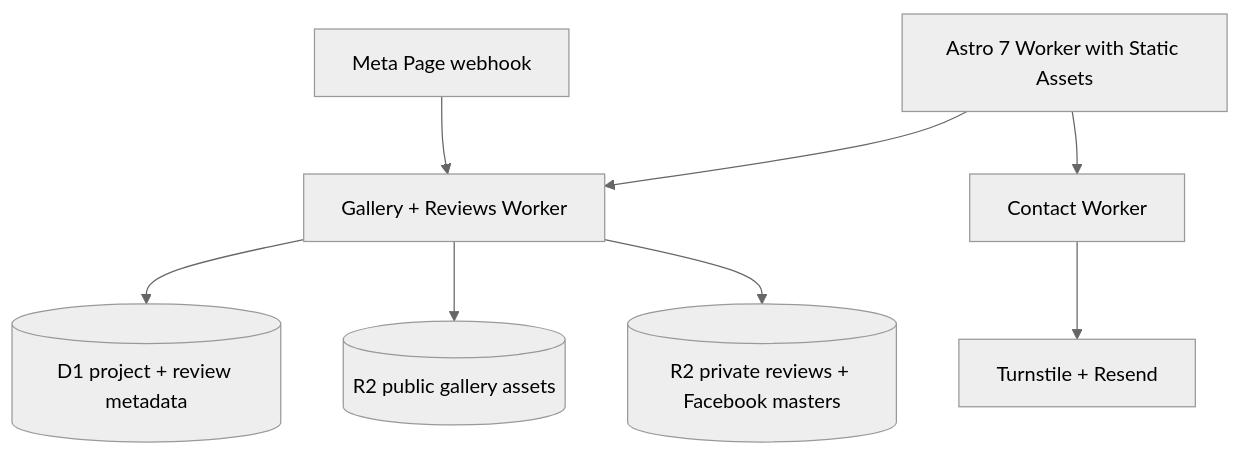
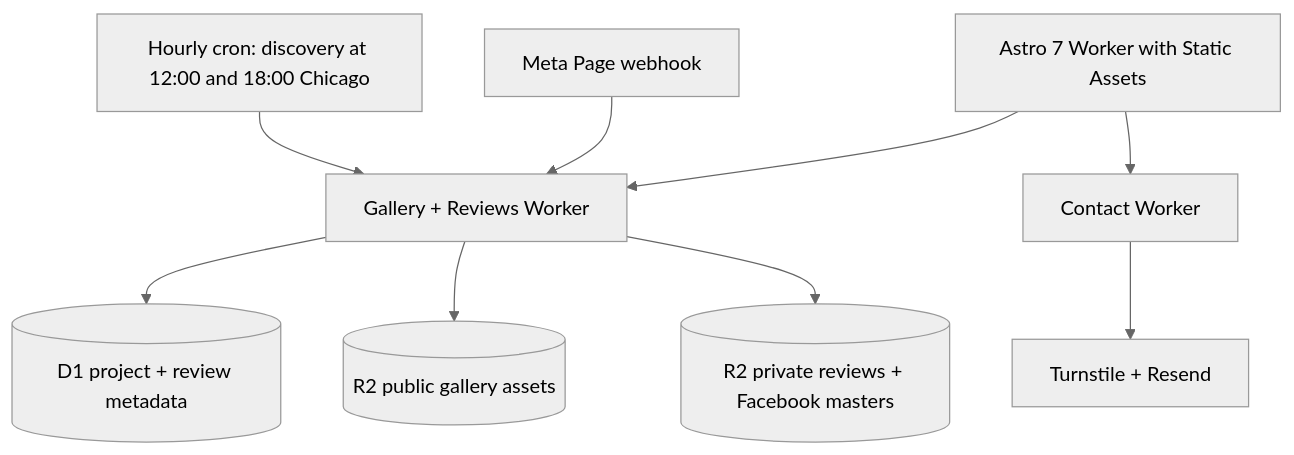
One commit to joshua-werlein/kilConstruction changed the diagram in README.md. Above: the diagram before and after it, drawn with Mermaid (neutral theme). The commit also changed other lines of this file, not shown here.

Commit message:
docs: README for Astro 7, Workers Static Assets, apparel requests and twice-daily discovery

````diff
--- a/README.md
+++ b/README.md
@@ -40,10 +40,11 @@
 ```mermaid
 flowchart TB
     A[Astro 7 Worker with Static Assets] --> B[Gallery + Reviews Worker]
     A --> C[Contact Worker]
     B --> D[(D1 project + review metadata)]
     B --> E[(R2 public gallery assets)]
     B --> F[(R2 private reviews + Facebook masters)]
     C --> G[Turnstile + Resend]
     H[Meta Page webhook] --> B
+    I[Hourly cron: discovery at 12:00 and 18:00 Chicago] --> B
 ```
````
